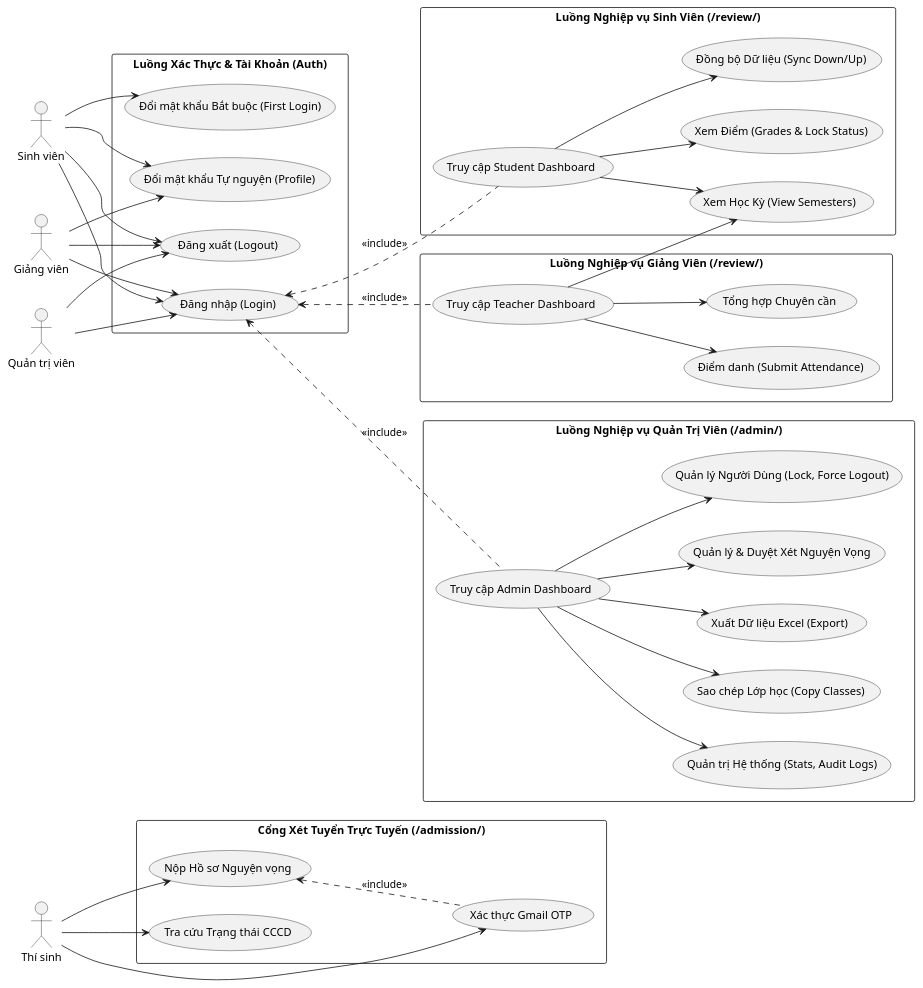
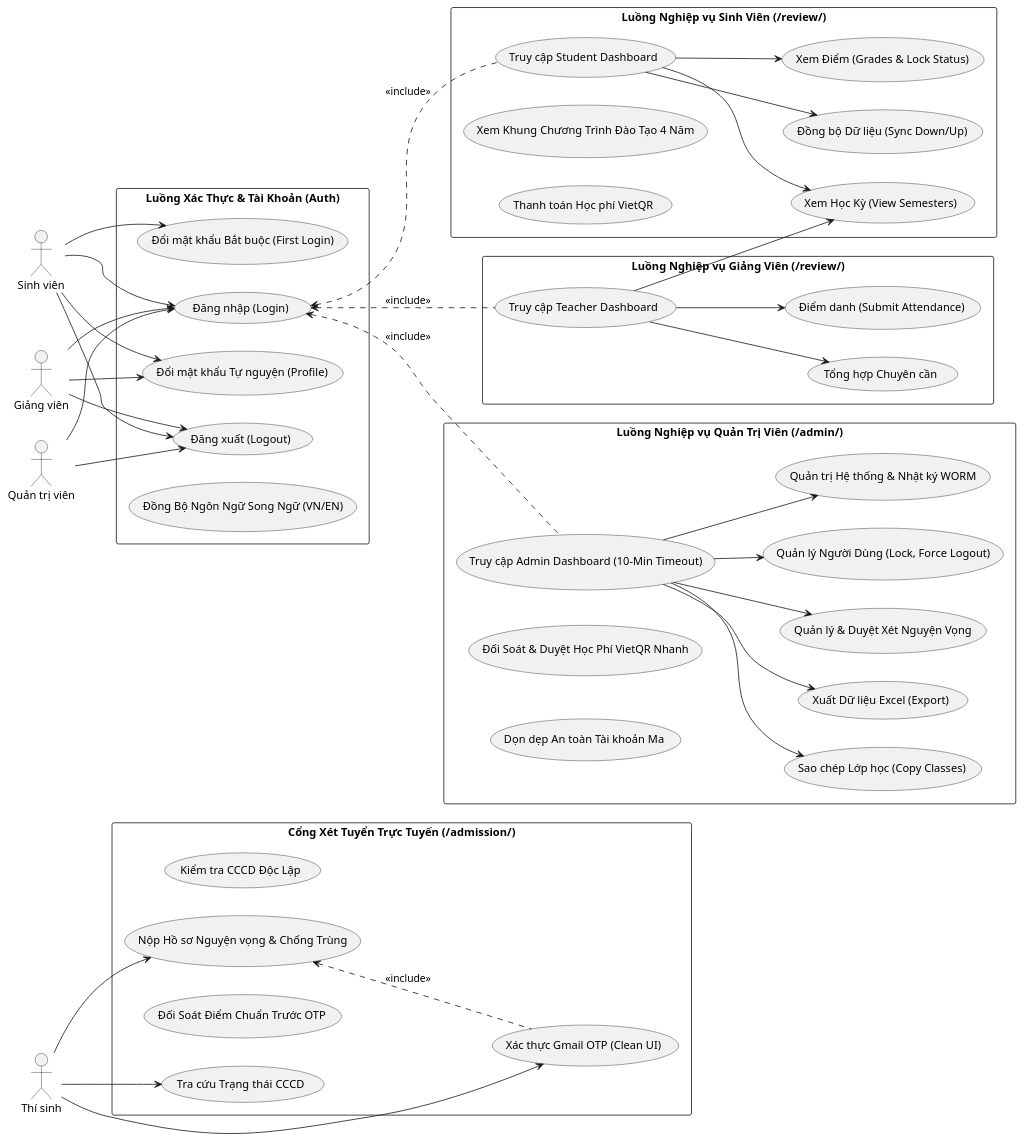
The first of 5 diagrams in docs/Diagram.md (NguyenHao1312/DO_NGUYEN_HAO-24CT1-CNPM), drawn with PlantUML before and after one commit. The commit also changed other lines of this file and 5 other files, not shown here.

Commit message:
docs: update system diagrams, sequence flows, activity flows, and README documentation

```diff
--- a/docs/Diagram.md
+++ b/docs/Diagram.md
@@ -54,8 +59,10 @@
 actor "Quản trị viên" as Admin
 
 package "Cổng Xét Tuyển Trực Tuyến (/admission/)" {
-  usecase "Nộp Hồ sơ Nguyện vọng" as UC_ApplyAdmission
-  usecase "Xác thực Gmail OTP" as UC_VerifyOTP
+  usecase "Kiểm tra CCCD Độc Lập" as UC_CheckCCCD
+  usecase "Nộp Hồ sơ Nguyện vọng & Chống Trùng" as UC_ApplyAdmission
+  usecase "Đối Soát Điểm Chuẩn Trước OTP" as UC_CheckBenchmark
+  usecase "Xác thực Gmail OTP (Clean UI)" as UC_VerifyOTP
   usecase "Tra cứu Trạng thái CCCD" as UC_CheckStatus
 }
 
@@ -64,10 +71,13 @@
   usecase "Đăng xuất (Logout)" as UC_Logout
   usecase "Đổi mật khẩu Bắt buộc (First Login)" as UC_ForceChangePW
   usecase "Đổi mật khẩu Tự nguyện (Profile)" as UC_VoluntaryChangePW
+  usecase "Đồng Bộ Ngôn Ngữ Song Ngữ (VN/EN)" as UC_I18nSync
 }
 
 package "Luồng Nghiệp vụ Sinh Viên (/review/)" {
   usecase "Truy cập Student Dashboard" as UC_SDash
+  usecase "Xem Khung Chương Trình Đào Tạo 4 Năm" as UC_SCurriculum
+  usecase "Thanh toán Học phí VietQR" as UC_STuitionQR
   usecase "Xem Điểm (Grades & Lock Status)" as UC_SGrades
   usecase "Xem Học Kỳ (View Semesters)" as UC_SSemesters
   usecase "Đồng bộ Dữ liệu (Sync Down/Up)" as UC_SSync
@@ -80,10 +90,12 @@
 }
 
 package "Luồng Nghiệp vụ Quản Trị Viên (/admin/)" {
-  usecase "Truy cập Admin Dashboard" as UC_ADash
+  usecase "Truy cập Admin Dashboard (10-Min Timeout)" as UC_ADash
   usecase "Quản lý & Duyệt Xét Nguyện Vọng" as UC_AManageAdmissions
+  usecase "Đối Soát & Duyệt Học Phí VietQR Nhanh" as UC_AToggleTuition
+  usecase "Dọn dẹp An toàn Tài khoản Ma" as UC_APurgeGhosts
   usecase "Quản lý Người Dùng (Lock, Force Logout)" as UC_AManageUsers
-  usecase "Quản trị Hệ thống (Stats, Audit Logs)" as UC_ASystem
+  usecase "Quản trị Hệ thống & Nhật ký WORM" as UC_ASystem
   usecase "Sao chép Lớp học (Copy Classes)" as UC_ACopy
   usecase "Xuất Dữ liệu Excel (Export)" as UC_AExport
 }
```
